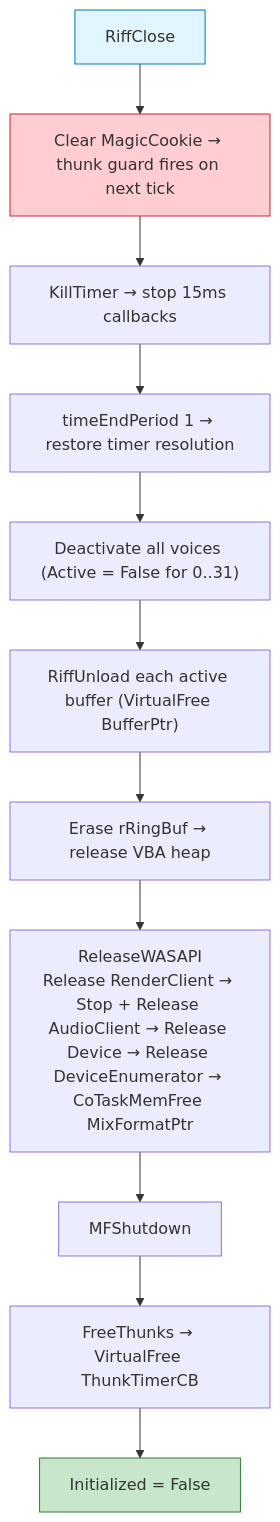
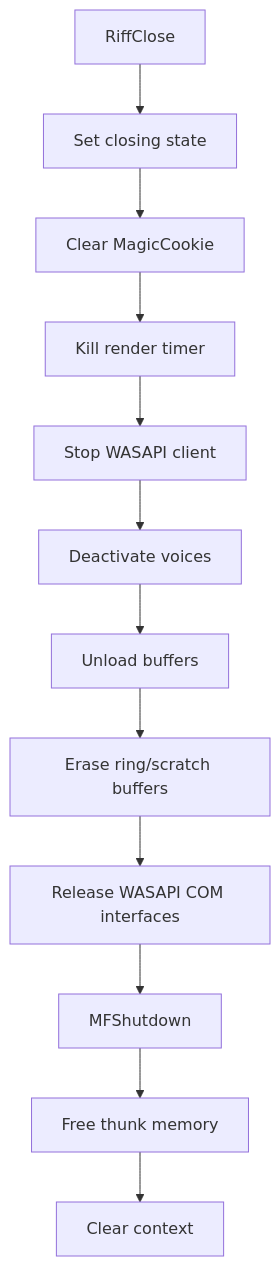
The eighth of 8 diagrams in docs/ARCHITECTURE.md (vbacollective/riff), drawn with Mermaid before and after one commit. The commit also changed other lines of this file, not shown here.

````diff
--- a/docs/ARCHITECTURE.md
+++ b/docs/ARCHITECTURE.md
@@ -767,20 +991,17 @@
 ```mermaid
 graph TD
-    A[RiffClose]
-    B["Clear MagicCookie → thunk guard fires on next tick"]
-    C["KillTimer → stop 15ms callbacks"]
-    D["timeEndPeriod 1 → restore timer resolution"]
-    E["Deactivate all voices (Active = False for 0..31)"]
-    F["RiffUnload each active buffer (VirtualFree BufferPtr)"]
-    G["Erase rRingBuf → release VBA heap"]
-    H["ReleaseWASAPI<br/>Release RenderClient → Stop + Release AudioClient → Release Device → Release DeviceEnumerator → CoTaskMemFree MixFormatPtr"]
-    I["MFShutdown"]
-    J["FreeThunks → VirtualFree ThunkTimerCB"]
-    K["Initialized = False"]
+    A["RiffClose"]
+    B["Set closing state"]
+    C["Clear MagicCookie"]
+    D["Kill render timer"]
+    E["Stop WASAPI client"]
+    F["Deactivate voices"]
+    G["Unload buffers"]
+    H["Erase ring/scratch buffers"]
+    I["Release WASAPI COM interfaces"]
+    J["MFShutdown"]
+    K["Free thunk memory"]
+    L["Clear context"]
 
-    A-->B-->C-->D-->E-->F-->G-->H-->I-->J-->K
-
-    style A fill:#e1f5fe,stroke:#0277bd
-    style B fill:#ffcdd2,stroke:#c62828
-    style K fill:#c8e6c9,stroke:#2e7d32
+    A --> B --> C --> D --> E --> F --> G --> H --> I --> J --> K --> L
 ```
````
